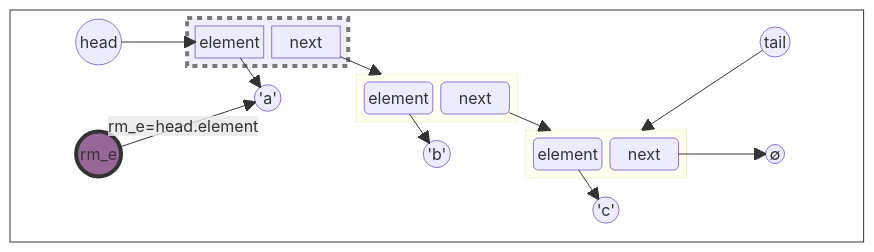
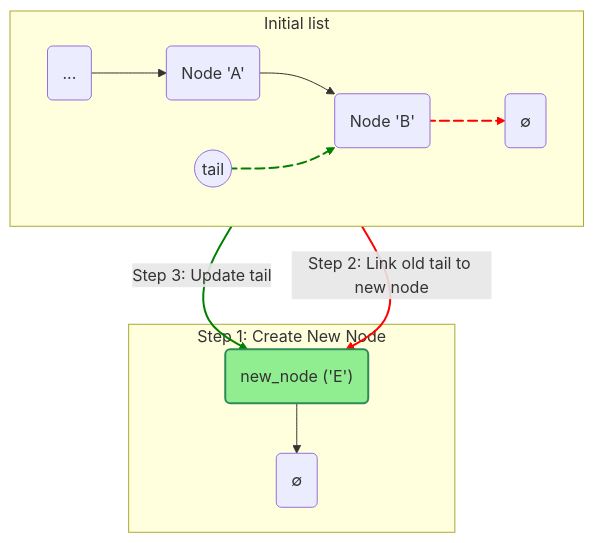
Before and after one commit to ruslylove/datastruct: the sixth of 10 diagrams in lectures/lect-3-Singly-Linked-List.md, drawn with Mermaid. The commit also changed other lines of this file, not shown here.

Commit message:
update linked list diagram.

````diff
--- a/lectures/lect-3-Singly-Linked-List.md
+++ b/lectures/lect-3-Singly-Linked-List.md
@@ -768,61 +529,26 @@
-```mermaid {scale:0.56}
+```mermaid {scale:0.7}
 
-block-beta
-    block:border
-    columns 5
-
-    head
-
-    block:node1
-        element
-        next
+graph TD
+    subgraph "Initial list"
+        direction LR
+        C("...") --> A("Node 'A'") --> B("Node 'B'") e2@--> null1("∅") 
+        head1(("tail")) e1@--> B
     end
 
-    space
-    space
-    tail(("tail"))
-    space
-    A(("'a'"))
-    
-    block:node2
-        element2("element")
-        next2("next")
+    subgraph "Step 1: Create New Node"
+        new_node("new_node ('E')") --> null("∅")
+        style new_node fill:#90EE90,stroke:#2E8B57,stroke-width:2px
     end
 
-    space
-    space
-    remove(("rm_e"))
-    space
-    B(("'b'"))
+        direction LR
+        head1 -- "Step 3: Update tail" --> new_node
+        B -- "Step 2: Link old tail to new node" --> new_node
 
-    block:node3
-        element3("element")
-        next3("next")
-    end
-    
-    null
+    e1@{ animate: true, animation: slow }
+    e2@{ animate: true, animation: slow }
 
-    space
-    space
-    space
-    
-    C(("'c'"))
-    end
-
-    next --> node2
-    next2 --> node3
-    next3 --> null(("∅"))
-    head(("head")) --> element
-    element --> A
-    element2 --> B
-    element3 --> C
-    tail --> node3
-    remove --"rm_e=head.element"--> A
-
-    style node1 stroke-dasharray: 5 5,stroke-width:4,stroke:#777,fill:#eef
-    style border fill:#fff,stroke:#333
-    style remove fill:#969,stroke:#333,stroke-width:4px
-
-
+    %%linkStyle 2,3 stroke-width:2px,stroke:blue,fill:none;
+    linkStyle 3,5 stroke-width:2px,stroke:green,fill:none;
+    linkStyle 2,6 stroke-width:2px,stroke:red,fill:none;
 
 ```
````
